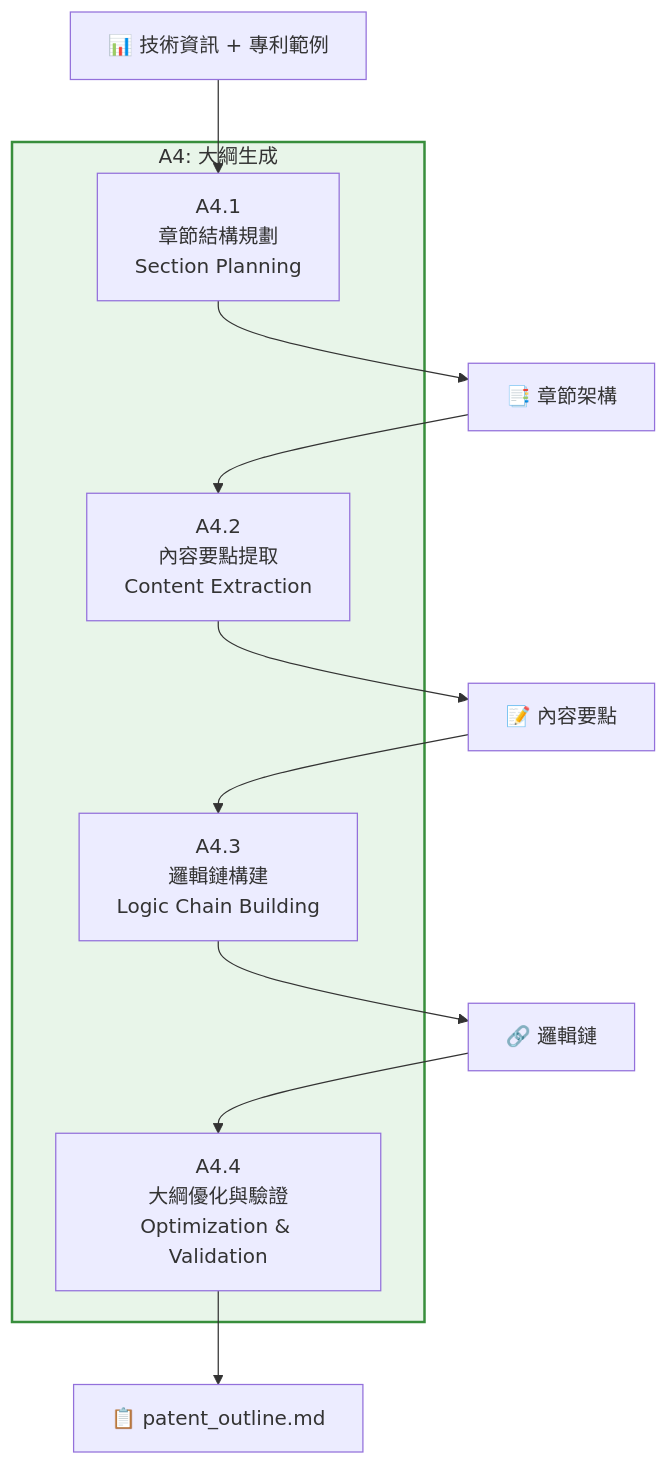
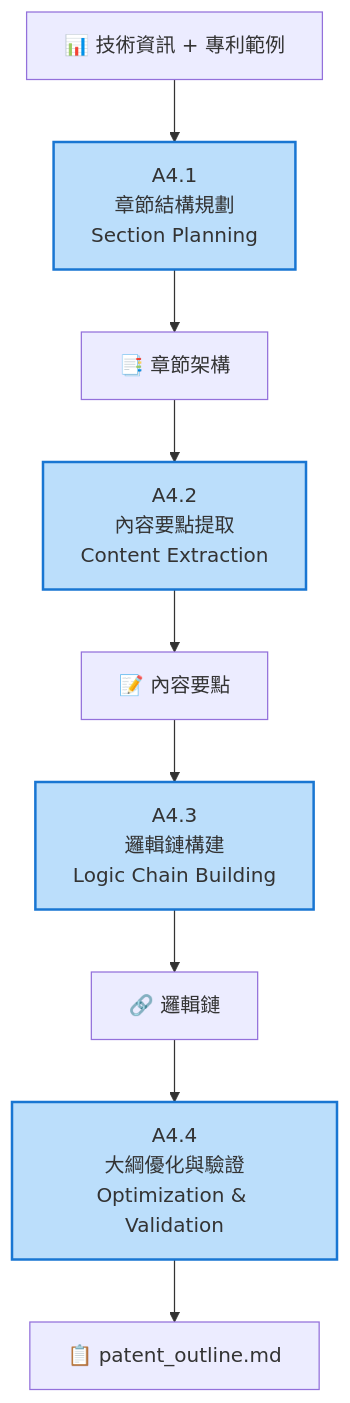
One commit to Raw1mage/PatentDrafter changed the second of 4 diagrams in docs/A4_Outline_Generation_IDEF0.md. Above: the diagram before and after it, drawn with Mermaid. The commit also changed other lines of this file and 13 other files, not shown here.

First line of the commit message:
修復所有 Mermaid 圖表語法問題

````diff
--- a/docs/A4_Outline_Generation_IDEF0.md
+++ b/docs/A4_Outline_Generation_IDEF0.md
@@ -67,23 +58,24 @@
 ```mermaid
-graph TB
-    subgraph A4["A4: 大綱生成"]
-        A41["A4.1<br/>章節結構規劃<br/>Section Planning"]
-        A42["A4.2<br/>內容要點提取<br/>Content Extraction"]
-        A43["A4.3<br/>邏輯鏈構建<br/>Logic Chain Building"]
-        A44["A4.4<br/>大綱優化與驗證<br/>Optimization & Validation"]
-    end
+flowchart TB
+    A41["A4.1<br/>章節結構規劃<br/>Section Planning"]
+    A42["A4.2<br/>內容要點提取<br/>Content Extraction"]
+    A43["A4.3<br/>邏輯鏈構建<br/>Logic Chain Building"]
+    A44["A4.4<br/>大綱優化與驗證<br/>Optimization & Validation"]
 
     Input["📊 技術資訊 + 專利範例"] --> A41
     A41 --> Structure["📑 章節架構"]
 
     Structure --> A42
     A42 --> Points["📝 內容要點"]
 
     Points --> A43
     A43 --> LogicChain["🔗 邏輯鏈"]
 
     LogicChain --> A44
     A44 --> Output["📋 patent_outline.md"]
 
-    style A4 fill:#E8F5E9,stroke:#388E3C,stroke-width:2px
+    style A41 fill:#BBDEFB,stroke:#1976D2,stroke-width:2px
+    style A42 fill:#BBDEFB,stroke:#1976D2,stroke-width:2px
+    style A43 fill:#BBDEFB,stroke:#1976D2,stroke-width:2px
+    style A44 fill:#BBDEFB,stroke:#1976D2,stroke-width:2px
 ```
````
